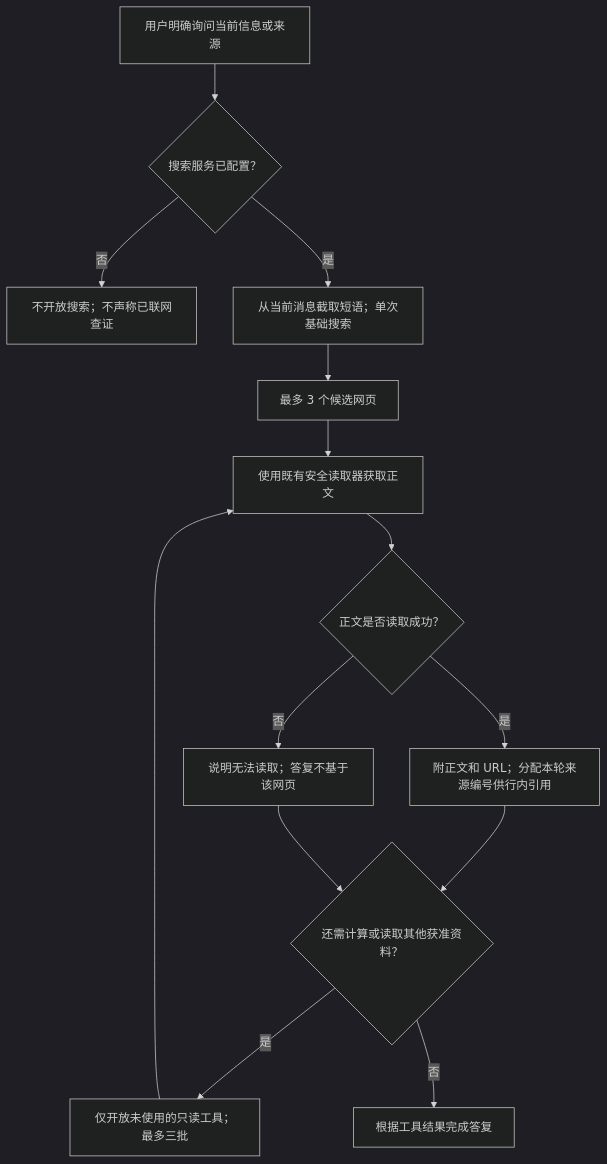
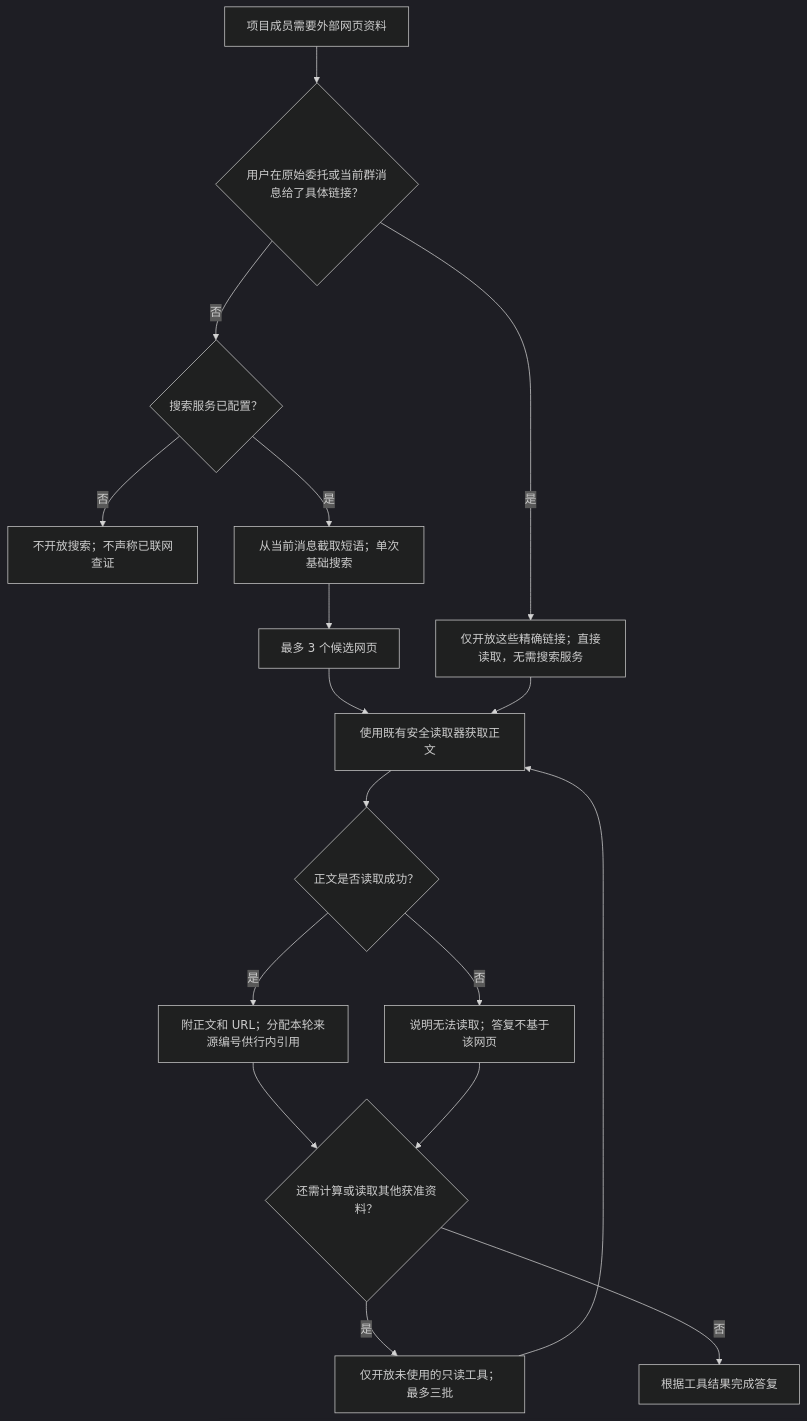
Diagram 13 of 17 in docs/design/noema-core-flows.md (Noema-Harness/noema-agent), drawn with Mermaid (dark theme) before and after one commit. The commit also changed other lines of this file and 12 other files, not shown here.

````diff
--- a/docs/design/noema-core-flows.md
+++ b/docs/design/noema-core-flows.md
@@ -409,16 +409,19 @@
 ```mermaid
 flowchart TD
-    ASK[用户明确询问当前信息或来源] --> READY{搜索服务已配置？}
+    ASK[项目成员需要外部网页资料] --> PROVIDED{用户在原始委托或当前群消息给了具体链接？}
+    PROVIDED -- 是 --> DIRECT[仅开放这些精确链接；直接读取，无需搜索服务]
+    PROVIDED -- 否 --> READY{搜索服务已配置？}
     READY -- 否 --> UNAVAILABLE[不开放搜索；不声称已联网查证]
     READY -- 是 --> QUERY[从当前消息截取短语；单次基础搜索]
     QUERY --> CANDIDATES[最多 3 个候选网页]
     CANDIDATES --> FETCH[使用既有安全读取器获取正文]
+    DIRECT --> FETCH
     FETCH --> READ{正文是否读取成功？}
     READ -- 是 --> ATTACH[附正文和 URL；分配本轮来源编号供行内引用]
     ATTACH --> NEXT{还需计算或读取其他获准资料？}
     NEXT -- 是 --> MORE[仅开放未使用的只读工具；最多三批]
     MORE --> FETCH
     NEXT -- 否 --> ANSWER[根据工具结果完成答复]
     READ -- 否 --> FAIL[说明无法读取；答复不基于该网页]
     FAIL --> NEXT
 ```
````
